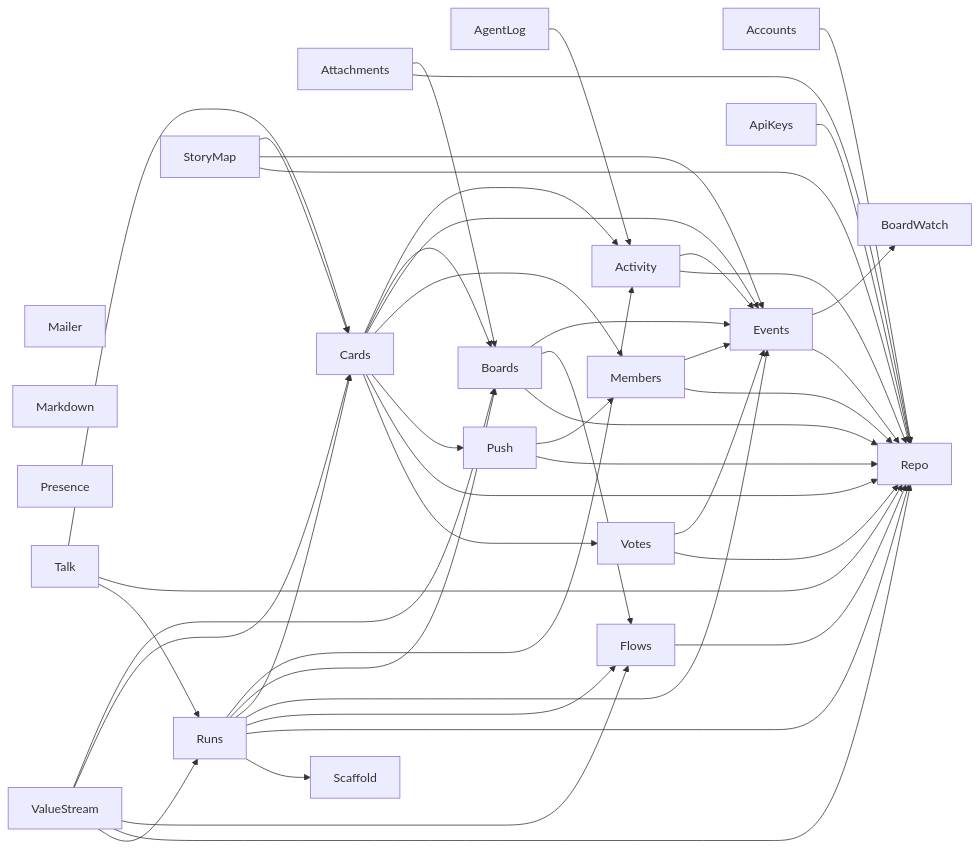
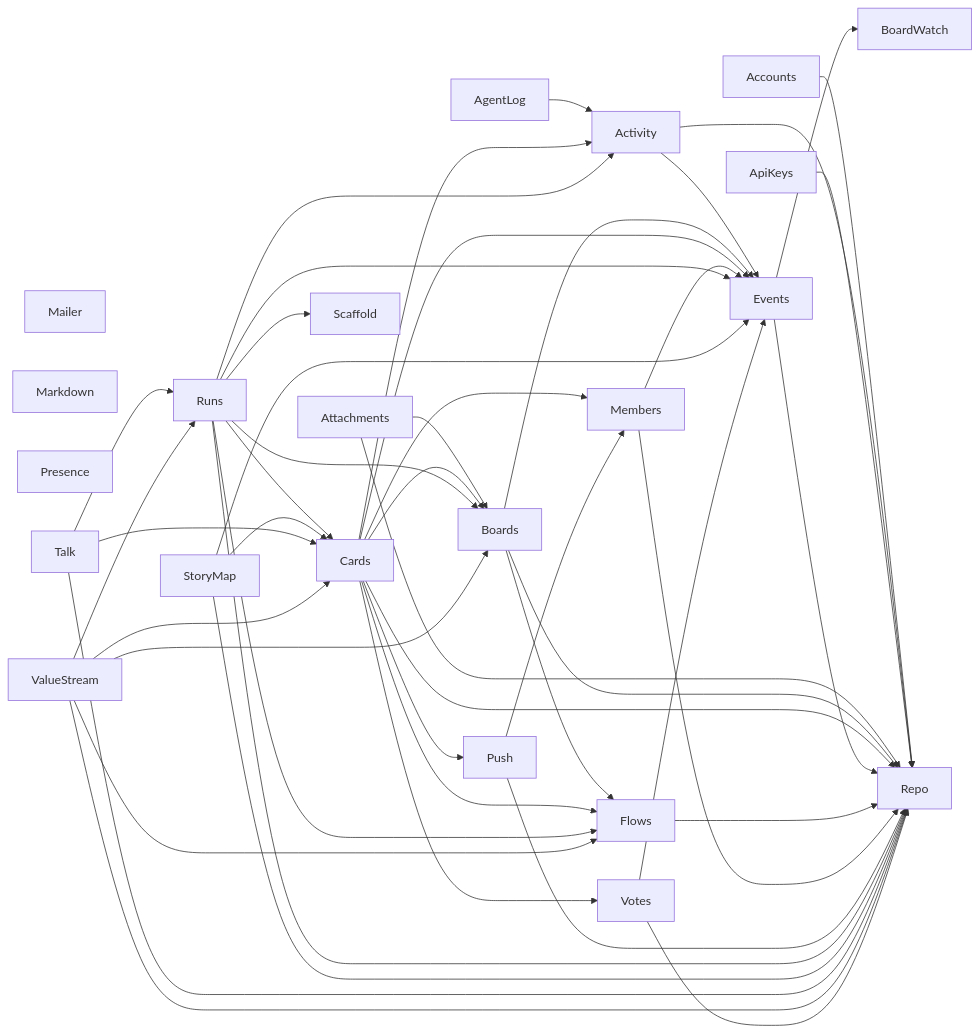
The second of 2 diagrams in docs/architecture/deps.md (jeremylightsmith/relay), drawn with Mermaid before and after one commit. The commit also changed 75 other files, not shown here.

First line of the commit message:
RE409 add an icon on each stage that has a flow that links to editing that flow

````diff
--- a/docs/architecture/deps.md
+++ b/docs/architecture/deps.md
@@ -29,50 +29,51 @@
 ```mermaid
 flowchart LR
     Mailer
     Markdown
     Presence
     Accounts --> Repo
     Activity --> Events
     Activity --> Repo
     AgentLog --> Activity
     ApiKeys --> Repo
     Attachments --> Boards
     Attachments --> Repo
     Boards --> Events
     Boards --> Flows
     Boards --> Repo
     Cards --> Activity
     Cards --> Boards
     Cards --> Events
+    Cards --> Flows
     Cards --> Members
     Cards --> Push
     Cards --> Repo
     Cards --> Votes
     Events --> BoardWatch
     Events --> Repo
     Flows --> Repo
     Members --> Events
     Members --> Repo
     Push --> Members
     Push --> Repo
     Runs --> Activity
     Runs --> Boards
     Runs --> Cards
     Runs --> Events
     Runs --> Flows
     Runs --> Repo
     Runs --> Scaffold
     StoryMap --> Cards
     StoryMap --> Events
     StoryMap --> Repo
     Talk --> Cards
     Talk --> Repo
     Talk --> Runs
     ValueStream --> Boards
     ValueStream --> Cards
     ValueStream --> Flows
     ValueStream --> Repo
     ValueStream --> Runs
     Votes --> Events
     Votes --> Repo
 ```
````
